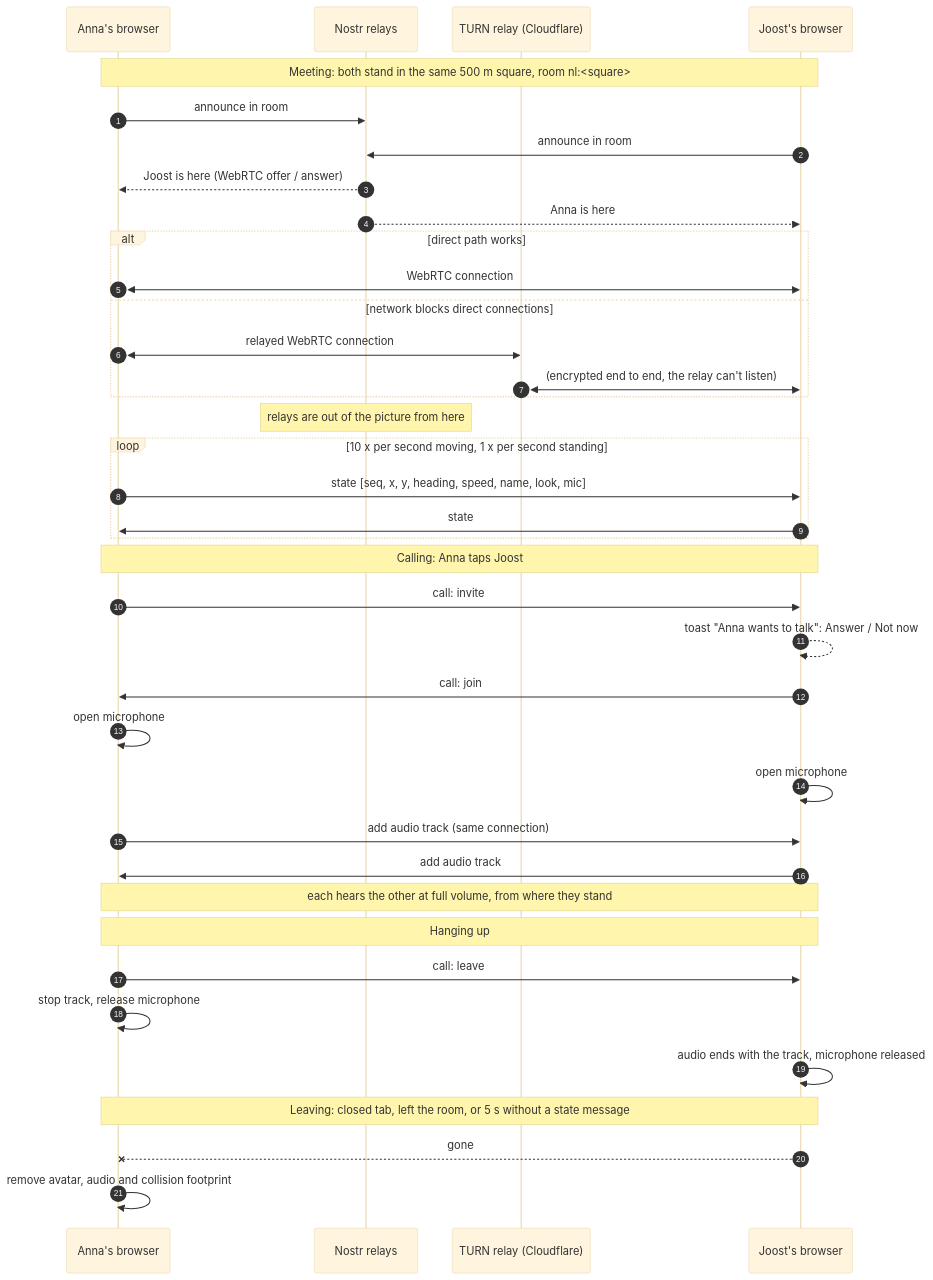
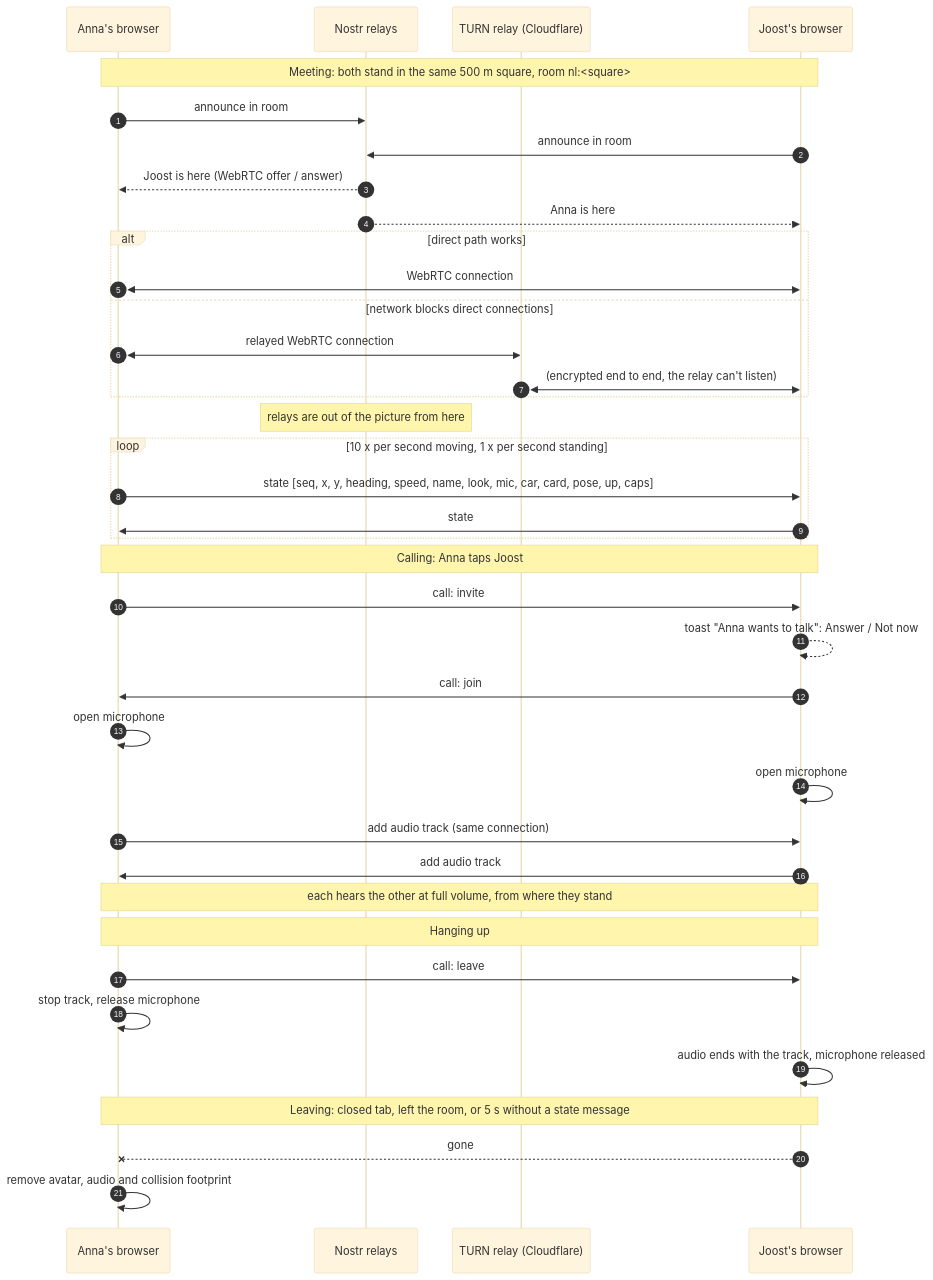
The diagram in docs/multiplayer.md (sarathsp06/toycity), drawn with Mermaid (base theme) before and after one commit. The commit also changed other lines of this file and 91 other files, not shown here.

````diff
--- a/docs/multiplayer.md
+++ b/docs/multiplayer.md
@@ -57,45 +57,45 @@
 ```mermaid
 sequenceDiagram
     autonumber
     participant A as Anna's browser
     participant R as Nostr relays
     participant T as TURN relay (Cloudflare)
     participant B as Joost's browser
 
     Note over A,B: Meeting: both stand in the same 500 m square, room nl:<square>
     A->>R: announce in room
     B->>R: announce in room
     R-->>A: Joost is here (WebRTC offer / answer)
     R-->>B: Anna is here
     alt direct path works
         A<<->>B: WebRTC connection
     else network blocks direct connections
         A<<->>T: relayed WebRTC connection
         T<<->>B: (encrypted end to end, the relay can't listen)
     end
     Note over R: relays are out of the picture from here
 
     loop 10 x per second moving, 1 x per second standing
-        A->>B: state [seq, x, y, heading, speed, name, look, mic]
+        A->>B: state [seq, x, y, heading, speed, name, look, mic, car, card, pose, up, caps]
         B->>A: state
     end
 
     Note over A,B: Calling: Anna taps Joost
     A->>B: call: invite
     B-->>B: toast "Anna wants to talk": Answer / Not now
     B->>A: call: join
     A->>A: open microphone
     B->>B: open microphone
     A->>B: add audio track (same connection)
     B->>A: add audio track
     Note over A,B: each hears the other at full volume, from where they stand
 
     Note over A,B: Hanging up
     A->>B: call: leave
     A->>A: stop track, release microphone
     B->>B: audio ends with the track, microphone released
 
     Note over A,B: Leaving: closed tab, left the room, or 5 s without a state message
     B--xA: gone
     A->>A: remove avatar, audio and collision footprint
 ```
````
